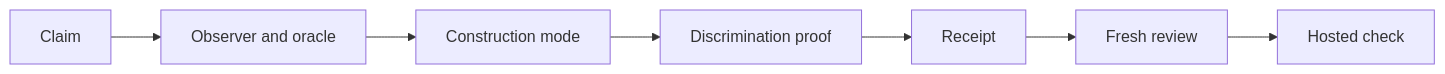
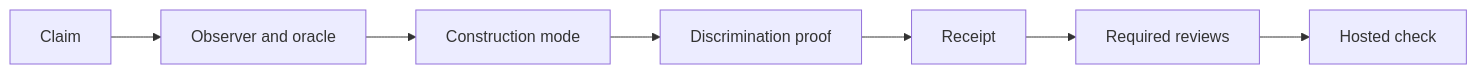
One commit to zaingulel/kestrel changed the diagram in docs/AI-WORKFLOW-evidence.md. Above: the diagram before and after it, drawn with Mermaid. The commit also changed other lines of this file and 277 other files, not shown here.

````diff
--- a/docs/AI-WORKFLOW-evidence.md
+++ b/docs/AI-WORKFLOW-evidence.md
@@ -33,11 +33,11 @@
 ```mermaid
 flowchart LR
     accTitle: The chain of evidence for a claim
-    accDescr: A job settles each link in order, from the claim through the observer and oracle, construction mode, discrimination proof, receipt and fresh review to the hosted check.
+    accDescr: A job settles each link in order, from the claim through the observer and oracle, construction mode, discrimination proof, receipt and the required reviews to the hosted check.
     C[Claim] --> O[Observer and oracle]
     O --> M[Construction mode]
     M --> D[Discrimination proof]
     D --> R[Receipt]
-    R --> V[Fresh review]
+    R --> V[Required reviews]
     V --> H[Hosted check]
 ```
````
